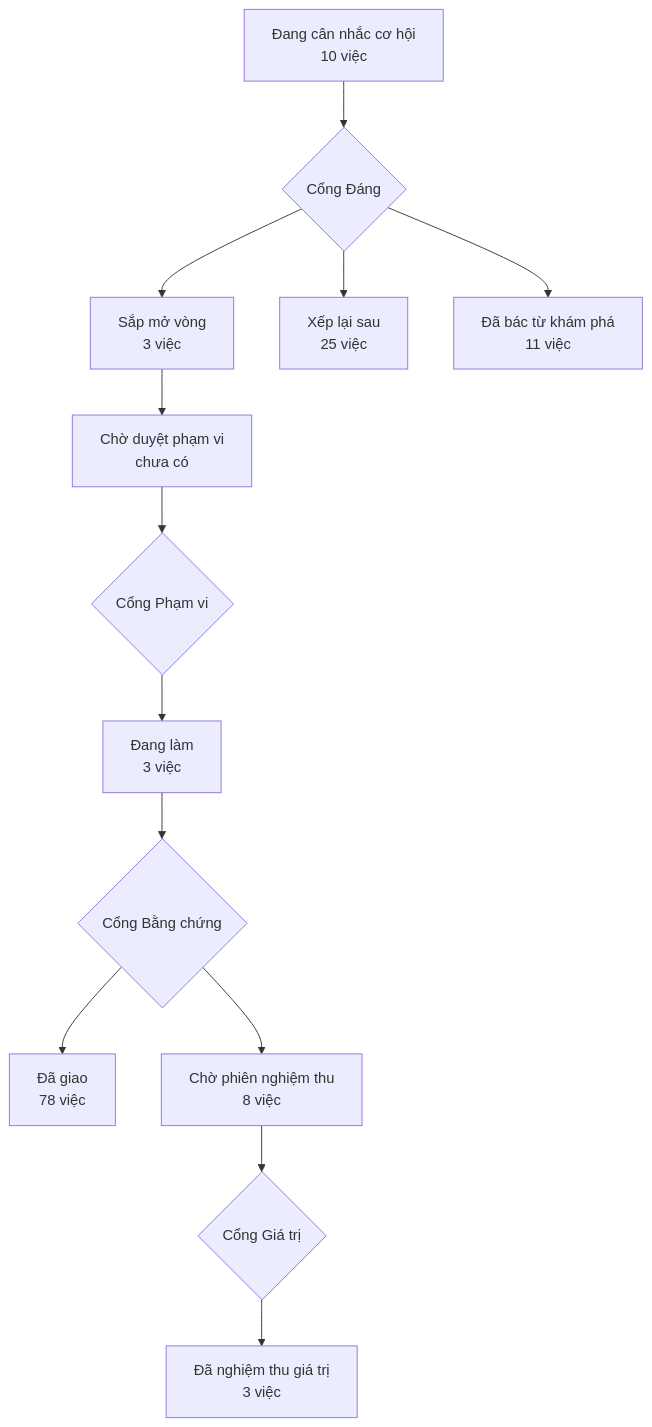
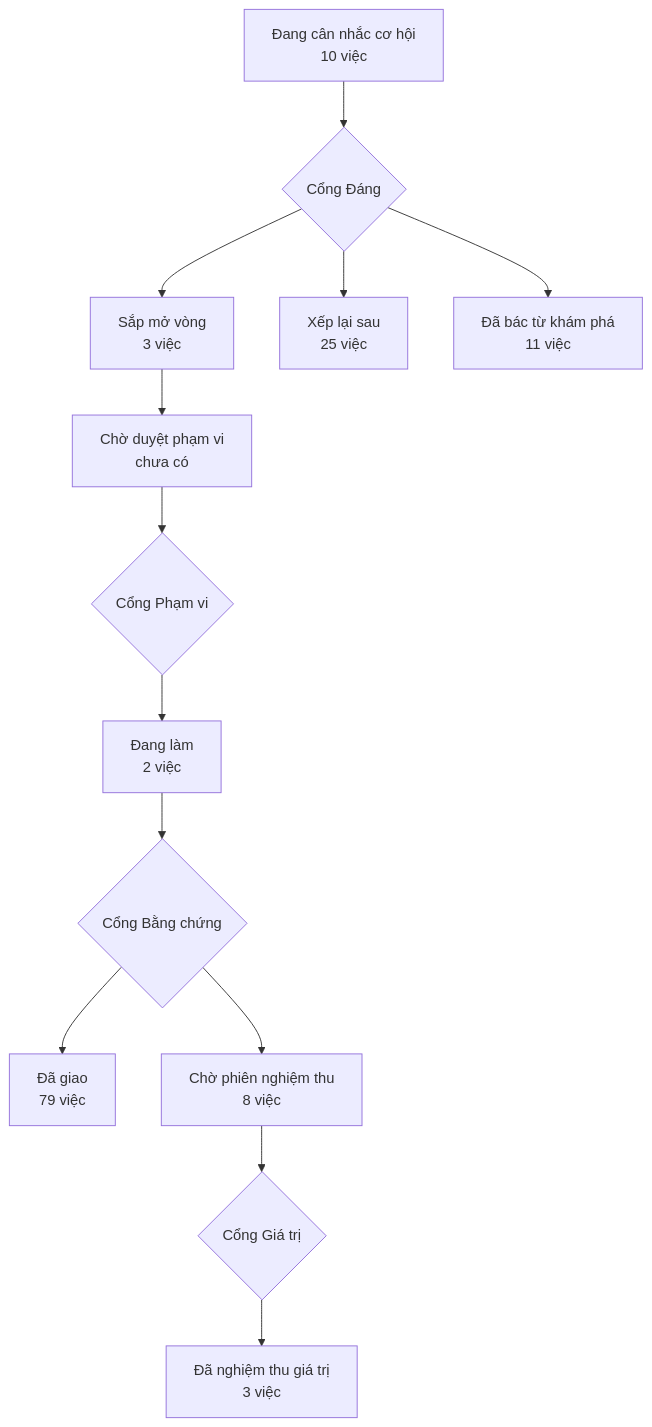
Before and after one commit to phanlemanh/acceptance-gate-kit: the diagram in PRODUCT-MAP.md, drawn with Mermaid. The commit also changed 4 other files, not shown here.

````diff
--- a/PRODUCT-MAP.md
+++ b/PRODUCT-MAP.md
@@ -6,12 +6,12 @@
 ```mermaid
 flowchart TD
   A["Đang cân nhắc cơ hội<br/>10 việc"] --> GD{"Cổng Đáng"}
   GD --> B["Sắp mở vòng<br/>3 việc"]
   GD --> XL["Xếp lại sau<br/>25 việc"]
   GD --> DB["Đã bác từ khám phá<br/>11 việc"]
   B --> CD["Chờ duyệt phạm vi<br/>chưa có"] --> GP{"Cổng Phạm vi"}
-  GP --> DL["Đang làm<br/>3 việc"] --> GB{"Cổng Bằng chứng"}
-  GB --> DG["Đã giao<br/>78 việc"]
+  GP --> DL["Đang làm<br/>2 việc"] --> GB{"Cổng Bằng chứng"}
+  GB --> DG["Đã giao<br/>79 việc"]
   GB --> CN["Chờ phiên nghiệm thu<br/>8 việc"] --> GG{"Cổng Giá trị"}
   GG --> NT["Đã nghiệm thu giá trị<br/>3 việc"]
 ```
````
